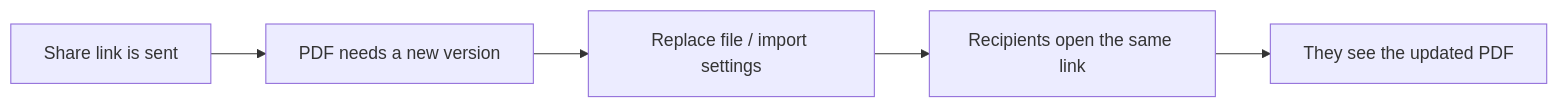
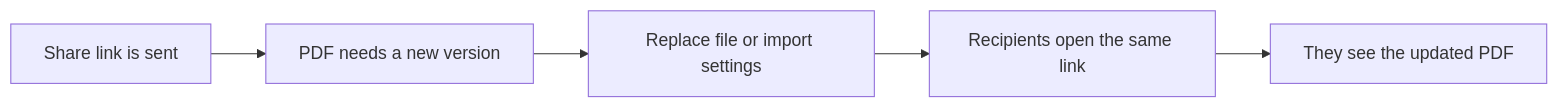
Before and after one commit to mythenigma/cloudflareAstro: the second of 2 diagrams in src/content/blog/en/maipdf-complete-workflow-guide-with-diagrams.md, drawn with Mermaid. The commit also changed other lines of this file and 1 other file, not shown here.

````diff
--- a/src/content/blog/en/maipdf-complete-workflow-guide-with-diagrams.md
+++ b/src/content/blog/en/maipdf-complete-workflow-guide-with-diagrams.md
@@ -102,7 +102,7 @@
 ```mermaid
 flowchart LR
   A[Share link is sent] --> B[PDF needs a new version]
-  B --> C[Replace file / import settings]
+  B --> C["Replace file or import settings"]
   C --> D[Recipients open the same link]
   D --> E[They see the updated PDF]
 ```
````
